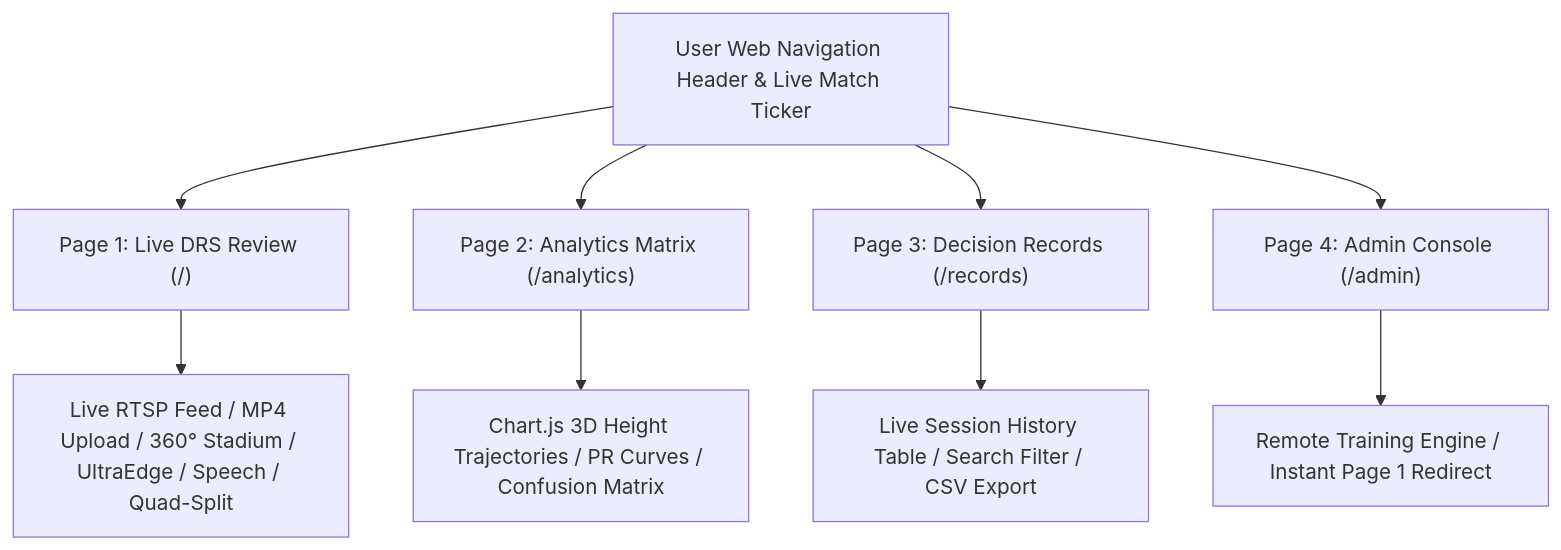
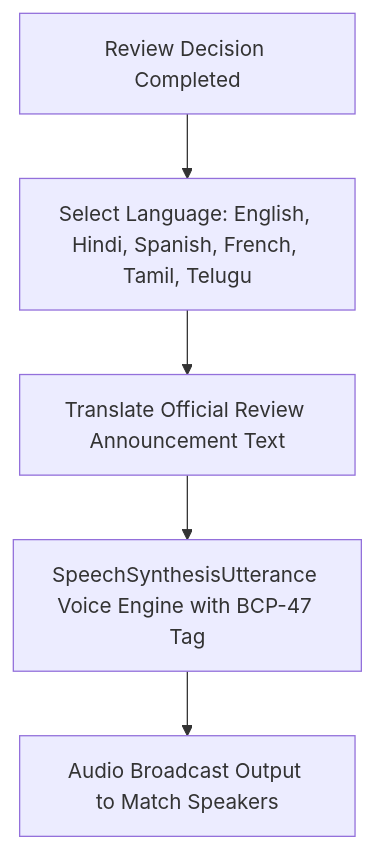
Before and after one commit to udbhav968-creator/opencv: the fourth of 8 diagrams in README.md, drawn with Mermaid. The commit also changed other lines of this file and 3 other files, not shown here.

Commit message:
feat: Implement all 5 futuristic upgrades: Multi-Lingual TV Umpire Voice, Weather & Aerodynamics Swing Simulator, Pitch Map Radar, WebGPU ONNX Engine, and PWA Offline Service Worker

````diff
--- a/README.md
+++ b/README.md
@@ -64,12 +74,7 @@
 ```mermaid
 flowchart TD
-    A["User Web Navigation Header & Live Match Ticker"] --> B["Page 1: Live DRS Review (/)"]
-    A --> C["Page 2: Analytics Matrix (/analytics)"]
-    A --> D["Page 3: Decision Records (/records)"]
-    A --> E["Page 4: Admin Console (/admin)"]
-
-    B --> F["Live RTSP Feed / MP4 Upload / 360° Stadium / UltraEdge / Speech / Quad-Split"]
-    C --> G["Chart.js 3D Height Trajectories / PR Curves / Confusion Matrix"]
-    D --> H["Live Session History Table / Search Filter / CSV Export"]
-    E --> I["Remote Training Engine / Instant Page 1 Redirect"]
+    A["Review Decision Completed"] --> B["Select Language: English, Hindi, Spanish, French, Tamil, Telugu"]
+    B --> C["Translate Official Review Announcement Text"]
+    C --> D["SpeechSynthesisUtterance Voice Engine with BCP-47 Tag"]
+    D --> E["Audio Broadcast Output to Match Speakers"]
 ```
````
